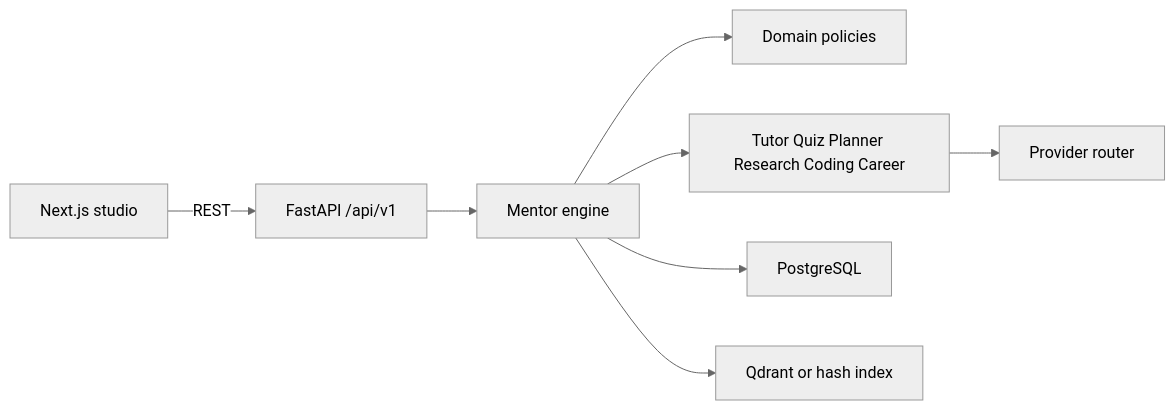
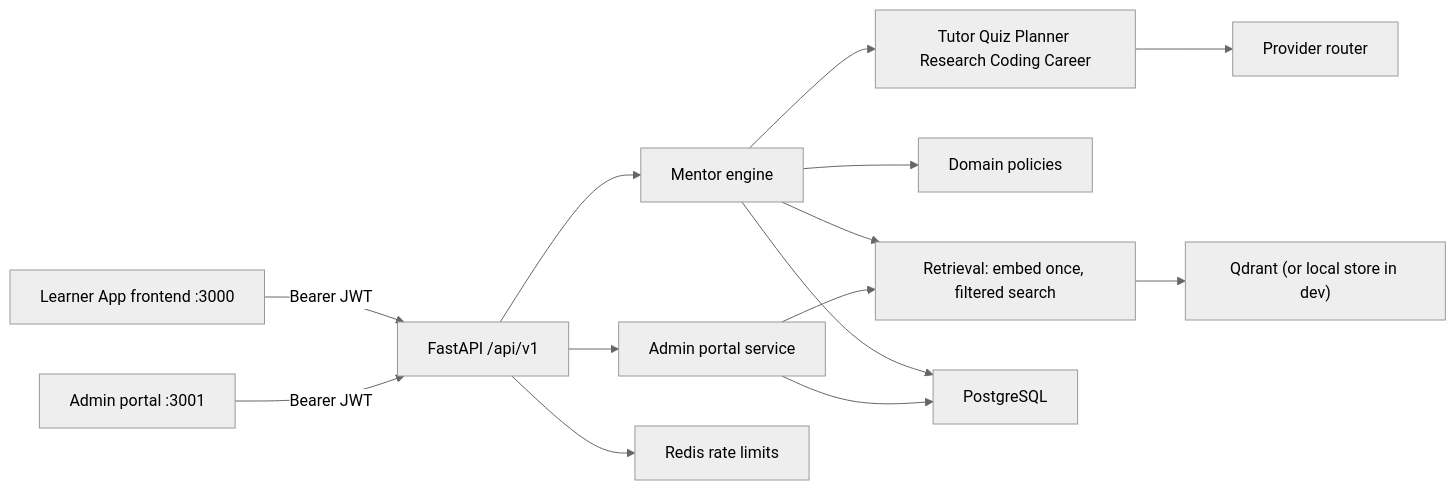
One commit to Nditah/AI-Mentor changed the first of 2 diagrams in docs/Architecture.md. Above: the diagram before and after it, drawn with Mermaid (neutral theme). The commit also changed other lines of this file and 333 other files, not shown here.

````diff
--- a/docs/Architecture.md
+++ b/docs/Architecture.md
@@ -9,19 +7,29 @@
 ```mermaid
 flowchart LR
-  Browser["Next.js studio"]
+  Learner["Learner App frontend :3000"]
+  Admin["Admin portal :3001"]
   API["FastAPI /api/v1"]
   Engine["Mentor engine"]
+  Portal["Admin portal service"]
+  Retrieval["Retrieval: embed once, filtered search"]
   Domain["Domain policies"]
   Agents["Tutor Quiz Planner Research Coding Career"]
   Models["Provider router"]
   PG["PostgreSQL"]
-  QD["Qdrant or hash index"]
+  QD["Qdrant (or local store in dev)"]
+  RD["Redis rate limits"]
 
-  Browser -->|REST| API
+  Learner -->|Bearer JWT| API
+  Admin -->|Bearer JWT| API
+  API --> RD
   API --> Engine
+  API --> Portal
   Engine --> Domain
   Engine --> Agents
   Agents --> Models
+  Engine --> Retrieval
+  Portal --> Retrieval
+  Retrieval --> QD
   Engine --> PG
-  Engine --> QD
+  Portal --> PG
 ```
````
